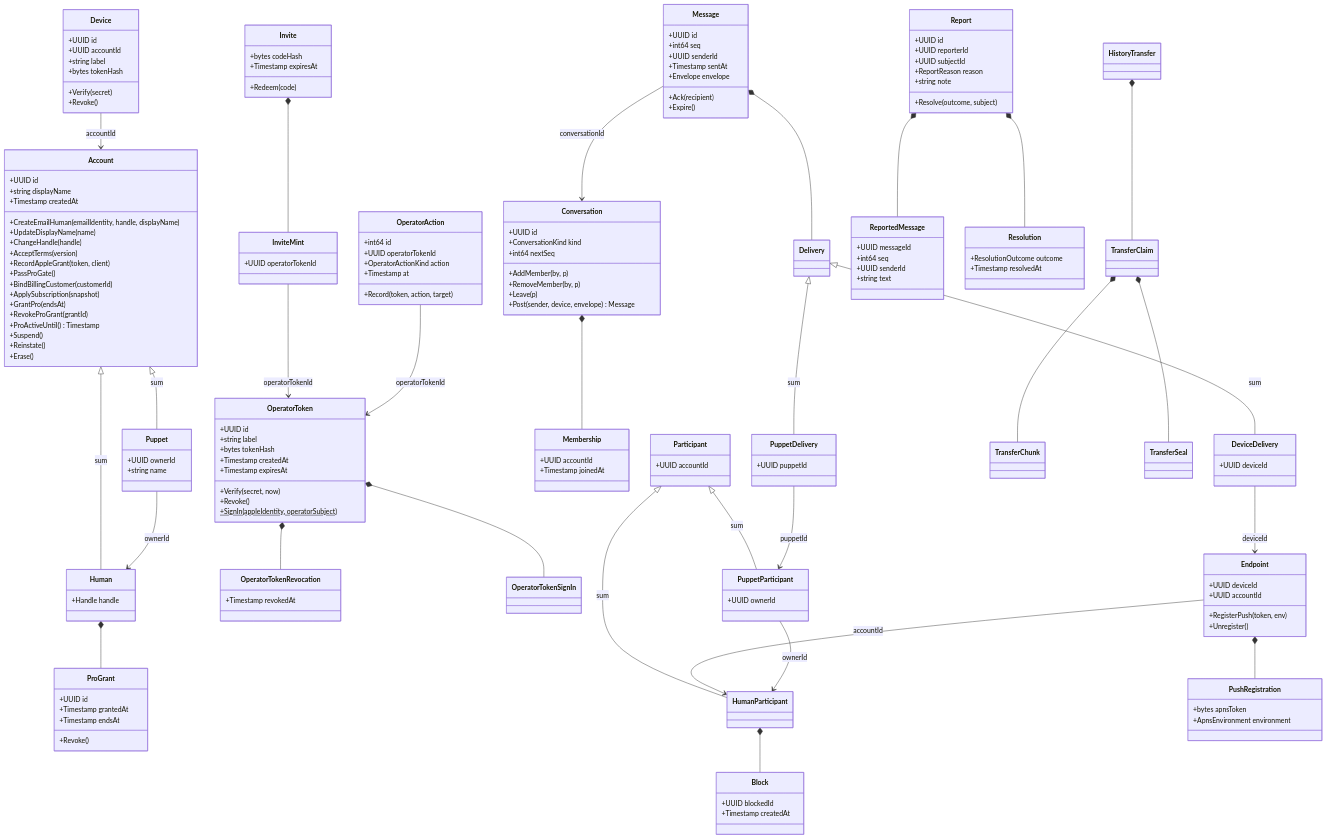
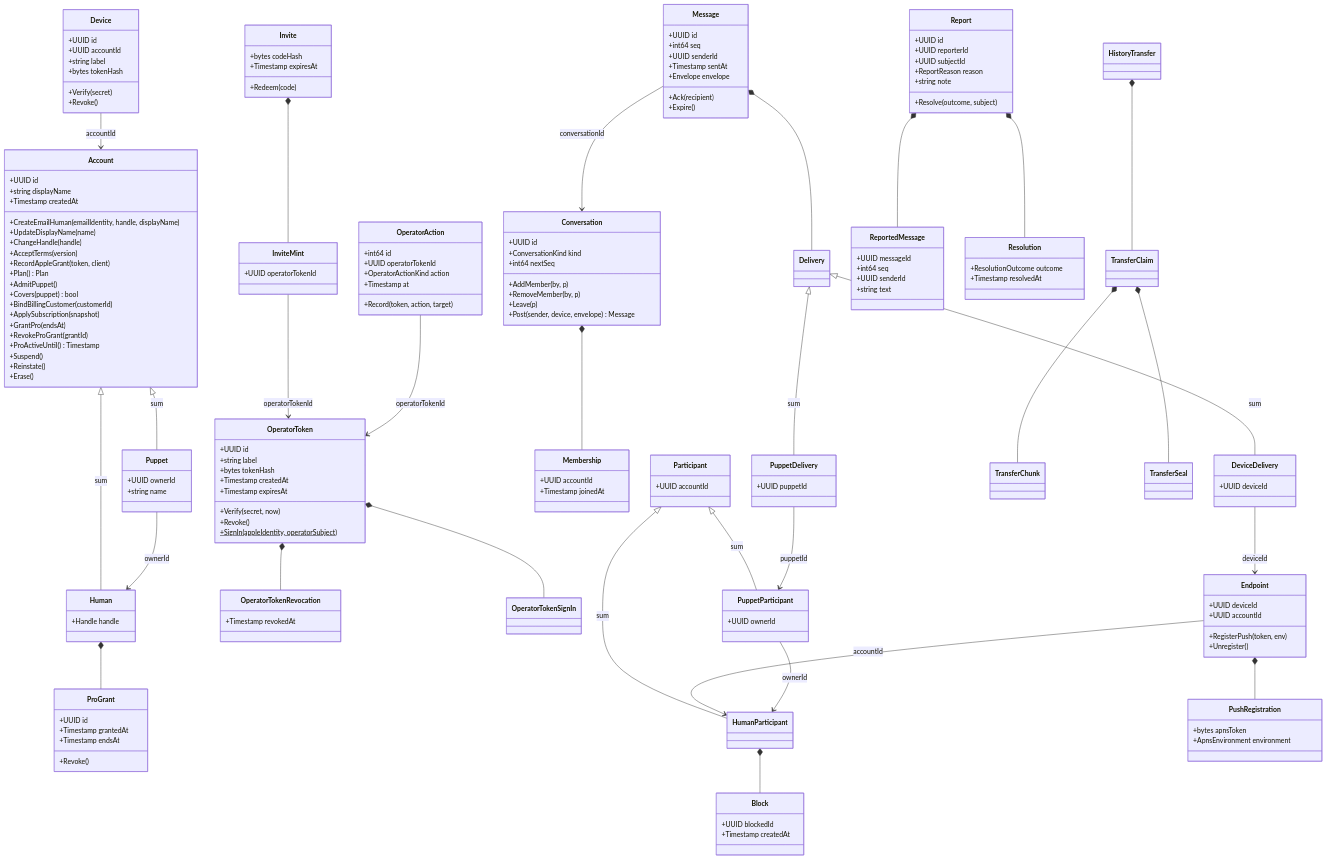
Before and after one commit to Aeryx-ai/sock-contract: the ninth of 9 diagrams in docs/specs/domain-model.md, drawn with Mermaid. The commit also changed other lines of this file and 19 other files, not shown here.

Commit message:
Plans: GetMe plan and limits, Puppet.waitlisted, the trial retired; specs folded in

```diff
--- a/docs/specs/domain-model.md
+++ b/docs/specs/domain-model.md
@@ -1283,7 +1258,9 @@
       +ChangeHandle(handle)
       +AcceptTerms(version)
       +RecordAppleGrant(token, client)
-      +PassProGate()
+      +Plan() Plan
+      +AdmitPuppet()
+      +Covers(puppet) bool
       +BindBillingCustomer(customerId)
       +ApplySubscription(snapshot)
       +GrantPro(endsAt)
```
